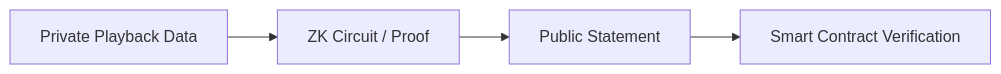
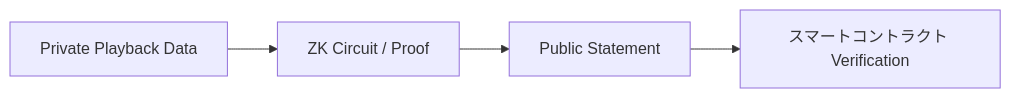
Diagram 13 of 27 in docs/whitepaper/04-platform-architecture.md (ShigeichiroYamasaki/creator-first-platform), drawn with Mermaid before and after one commit. The commit also changed other lines of this file and 67 other files, not shown here.

````diff
--- a/docs/whitepaper/04-platform-architecture.md
+++ b/docs/whitepaper/04-platform-architecture.md
@@ -459,7 +459,7 @@
 ```mermaid
 flowchart LR
     PRIVATE[Private Playback Data]
     PRIVATE --> ZK[ZK Circuit / Proof]
     ZK --> PUBLIC[Public Statement]
-    PUBLIC --> SC[Smart Contract Verification]
+    PUBLIC --> SC[スマートコントラクト Verification]
 ```
````
